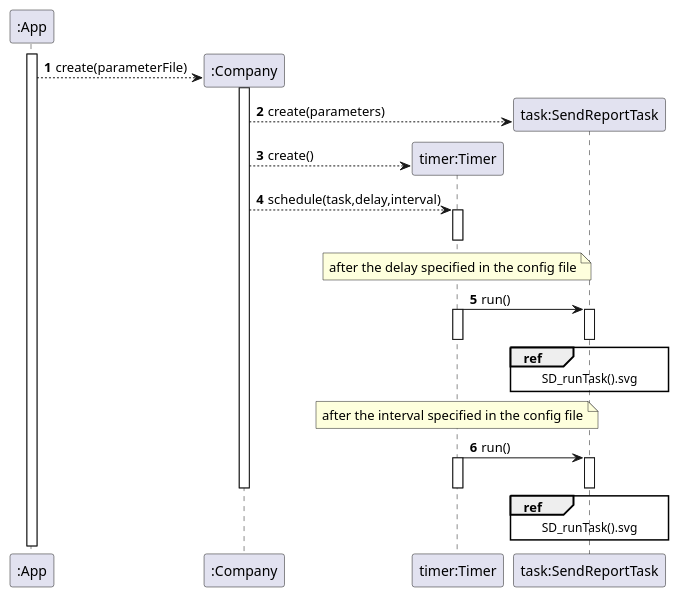
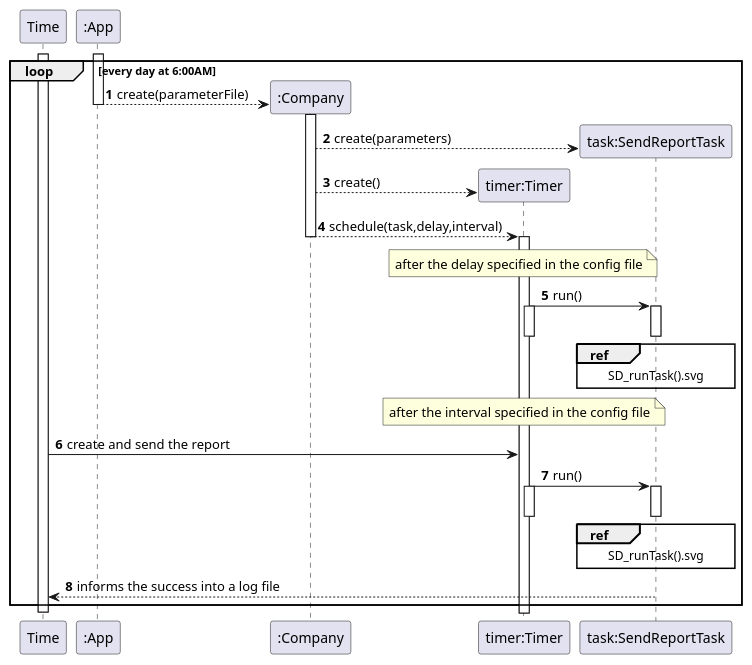
Before and after one commit to MarianaCLages/LAPR2: the diagram in docs/SprintD/US19/US19_SD.puml, drawn with PlantUML. The commit also changed 12 other files, not shown here.

```diff
--- a/docs/SprintD/US19/US19_SD.puml
+++ b/docs/SprintD/US19/US19_SD.puml
@@ -1,34 +1,45 @@
 @startuml
 'https://plantuml.com/sequence-diagram
 
 autonumber
+participant "Time" as tm
+
 participant ":App" as ap
 participant ":Company" as comp
 participant "timer:Timer" as timer
 participant "task:SendReportTask" as task
 
-activate ap
-deactivate ap
-ap --> comp**:create(parameterFile)
-activate comp
-comp --> task**: create(parameters)
-comp --> timer**:create()
-comp --> timer : schedule(task,delay,interval)
-note over timer: after the delay specified in the config file
-activate timer
-deactivate timer
-timer -> task:run()
-ref over task: SD_runTask().svg
-activate timer
-deactivate timer
-activate task
-deactivate
-note over timer: after the interval specified in the config file
-timer -> task:run()
-ref over task: SD_runTask().svg
-activate timer
-deactivate timer
-activate task
-deactivate
-deactivate comp
+loop every day at 6:00AM
+activate tm
+
+    activate ap
+    ap --> comp**:create(parameterFile)
+    deactivate ap
+    activate comp
+    comp --> task**: create(parameters)
+    comp --> timer**:create()
+    comp --> timer : schedule(task,delay,interval)
+    deactivate comp
+    note over timer: after the delay specified in the config file
+    activate timer
+    deactivate
+
+    timer -> task:run()
+    ref over task: SD_runTask().svg
+    activate timer
+    deactivate timer
+    activate task
+    deactivate
+    note over timer: after the interval specified in the config file
+    tm -> timer: create and send the report
+    timer -> task:run()
+    ref over task: SD_runTask().svg
+    activate timer
+    deactivate timer
+    activate task
+    deactivate
+    deactivate comp
+    task --> tm: informs the success into a log file
+end
+deactivate tm
 @enduml
```
